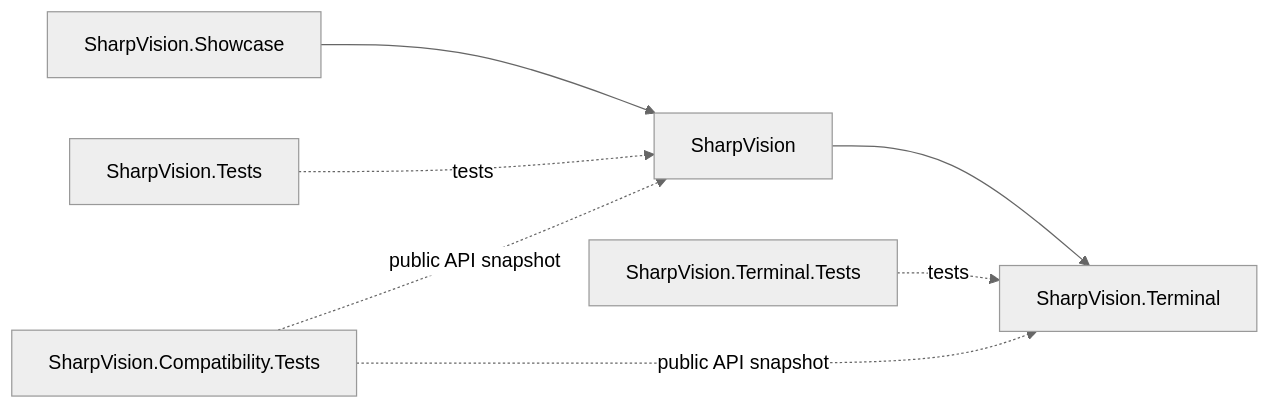
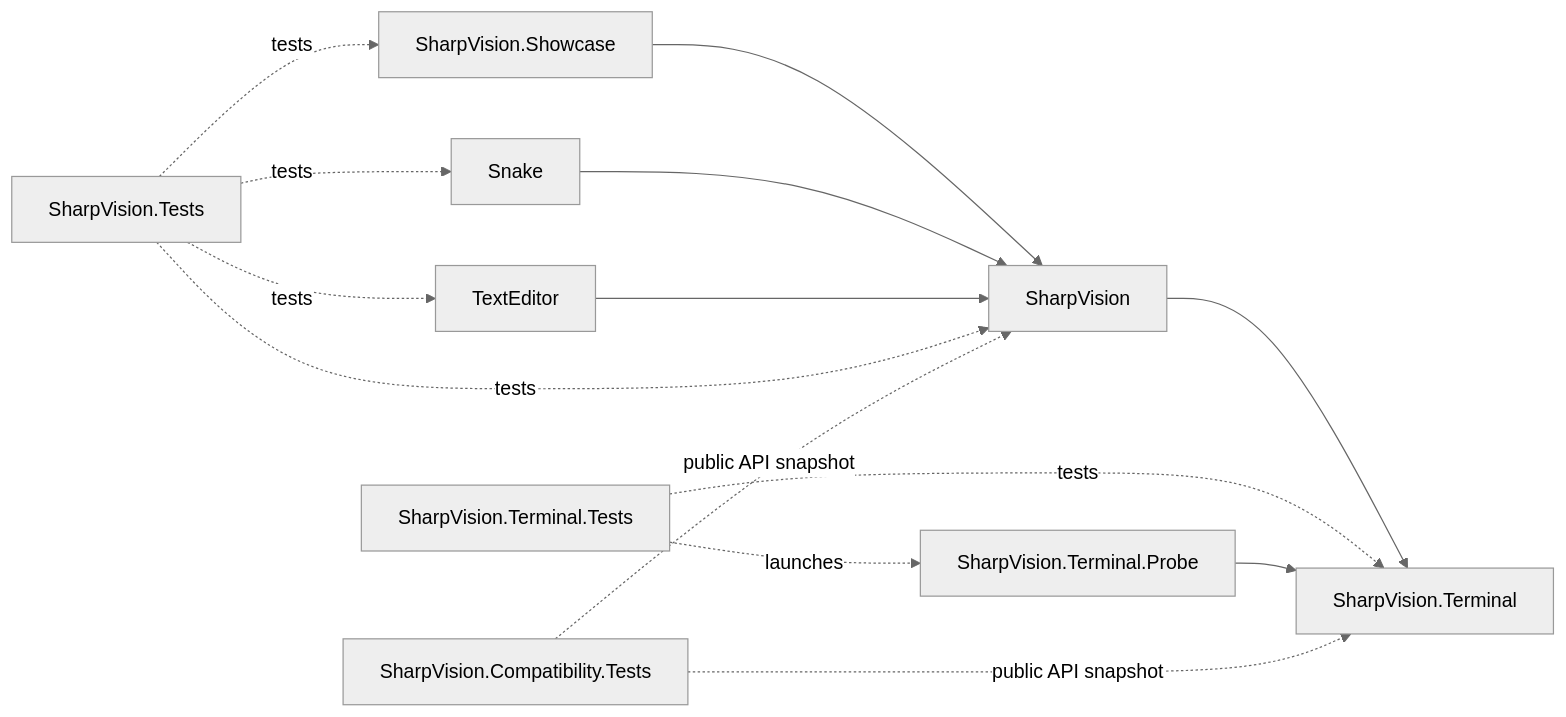
Before and after one commit to pavkam/sharp-vision: the diagram in docs/architecture/project-structure.md, drawn with Mermaid (neutral theme). The commit also changed other lines of this file and 138 other files, not shown here.

````diff
--- a/docs/architecture/project-structure.md
+++ b/docs/architecture/project-structure.md
@@ -9,15 +9,25 @@
 ```mermaid
 flowchart LR
     Terminal["SharpVision.Terminal"]
     UI["SharpVision"]
     Showcase["SharpVision.Showcase"]
+    Snake["Snake"]
+    TextEditor["TextEditor"]
     TerminalTests["SharpVision.Terminal.Tests"]
+    Probe["SharpVision.Terminal.Probe"]
     UITests["SharpVision.Tests"]
     CompatibilityTests["SharpVision.Compatibility.Tests"]
     UI --> Terminal
     Showcase --> UI
+    Snake --> UI
+    TextEditor --> UI
     TerminalTests -. tests .-> Terminal
+    TerminalTests -. launches .-> Probe
+    Probe --> Terminal
     UITests -. tests .-> UI
+    UITests -. tests .-> Showcase
+    UITests -. tests .-> Snake
+    UITests -. tests .-> TextEditor
     CompatibilityTests -. public API snapshot .-> Terminal
     CompatibilityTests -. public API snapshot .-> UI
 ```
````
